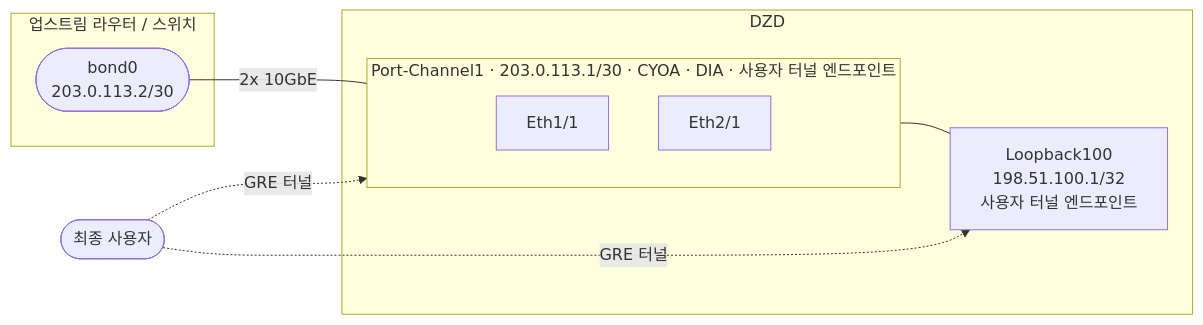
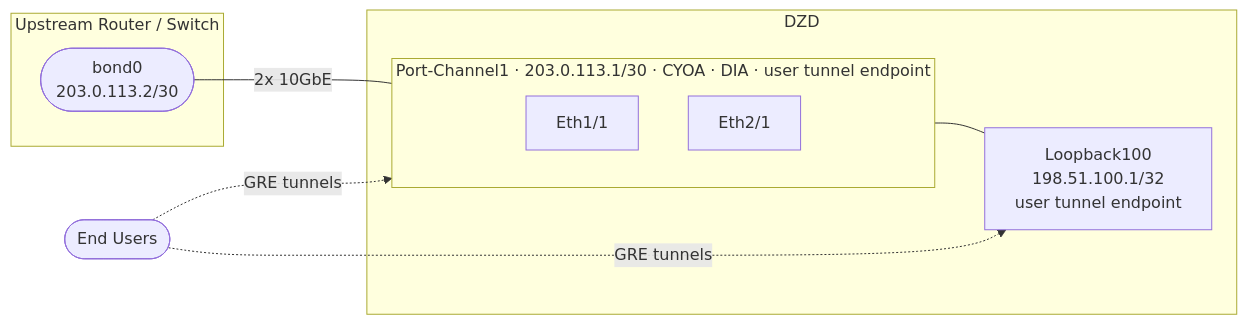
Before and after one commit to malbeclabs/docs: the ninth of 13 diagrams in docs/contribute-provisioning.ko.md, drawn with Mermaid. The commit also changed other lines of this file and 130 other files, not shown here.

````diff
--- a/docs/contribute-provisioning.ko.md
+++ b/docs/contribute-provisioning.ko.md
@@ -507,23 +507,23 @@
 ```mermaid
 flowchart LR
-    USERS(["최종 사용자"])
+    USERS(["End Users"])
 
-    subgraph SW["업스트림 라우터 / 스위치"]
+    subgraph SW["Upstream Router / Switch"]
         SWPC(["bond0
         203.0.113.2/30"])
     end
 
     subgraph DZD["DZD"]
-        subgraph PC["Port-Channel1 · 203.0.113.1/30 · CYOA · DIA · 사용자 터널 엔드포인트"]
+        subgraph PC["Port-Channel1 · 203.0.113.1/30 · CYOA · DIA · user tunnel endpoint"]
             E1["Eth1/1"]
             E2["Eth2/1"]
         end
         LO["Loopback100
-        198.51.100.1/32\n        사용자 터널 엔드포인트"]
+        198.51.100.1/32\n        user tunnel endpoint"]
         PC --- LO
     end
 
     SWPC -- "2x 10GbE" --- PC
-    USERS -. "GRE 터널" .-> PC
-    USERS -. "GRE 터널" .-> LO
+    USERS -. "GRE tunnels" .-> PC
+    USERS -. "GRE tunnels" .-> LO
 ```
````
